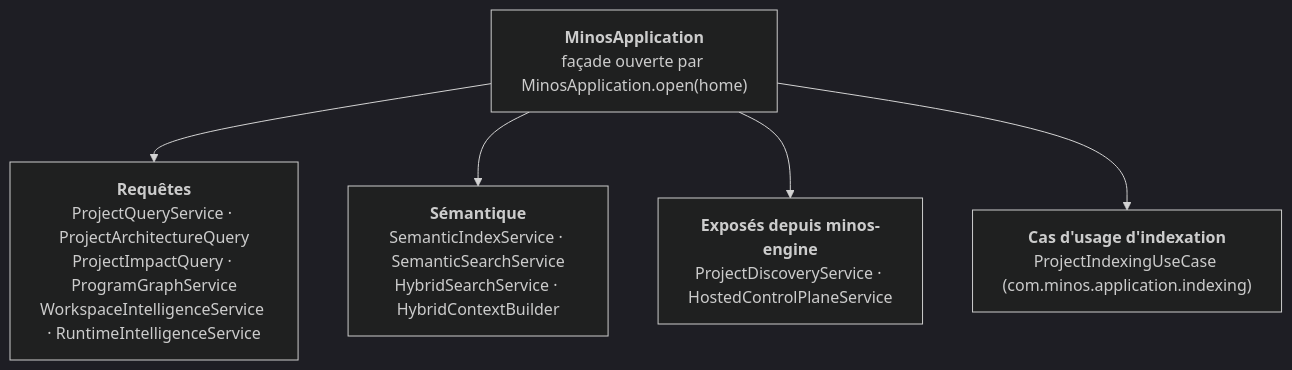
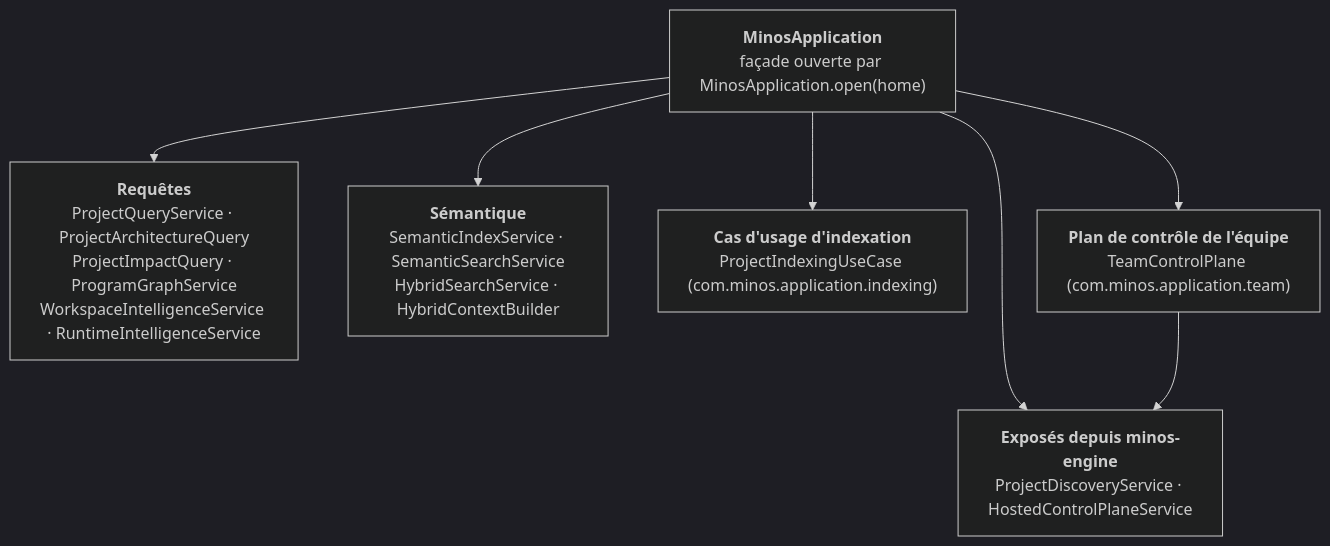
Before and after one commit to FTurleque/minos-code-intelligence: the second of 2 diagrams in docs/architecture/arc42/05-vue-blocs.md, drawn with Mermaid (dark theme). The commit also changed 4 other files, not shown here.

First line of the commit message:
docs(architecture): consigner le lot 3 d'AUD-ARC-01

````diff
--- a/docs/architecture/arc42/05-vue-blocs.md
+++ b/docs/architecture/arc42/05-vue-blocs.md
@@ -141,14 +141,17 @@
 ```mermaid
 flowchart TB
     facade["<b>MinosApplication</b><br/>façade ouverte par MinosApplication.open(home)"]
 
     queries["<b>Requêtes</b><br/>ProjectQueryService · ProjectArchitectureQuery<br/>ProjectImpactQuery · ProgramGraphService<br/>WorkspaceIntelligenceService · RuntimeIntelligenceService"]
     semantic["<b>Sémantique</b><br/>SemanticIndexService · SemanticSearchService<br/>HybridSearchService · HybridContextBuilder"]
     engine["<b>Exposés depuis minos-engine</b><br/>ProjectDiscoveryService · HostedControlPlaneService"]
     indexing["<b>Cas d'usage d'indexation</b><br/>ProjectIndexingUseCase (com.minos.application.indexing)"]
+    team["<b>Plan de contrôle de l'équipe</b><br/>TeamControlPlane (com.minos.application.team)"]
 
     facade --> queries
     facade --> semantic
     facade --> engine
     facade --> indexing
+    facade --> team
+    team --> engine
 ```
````
